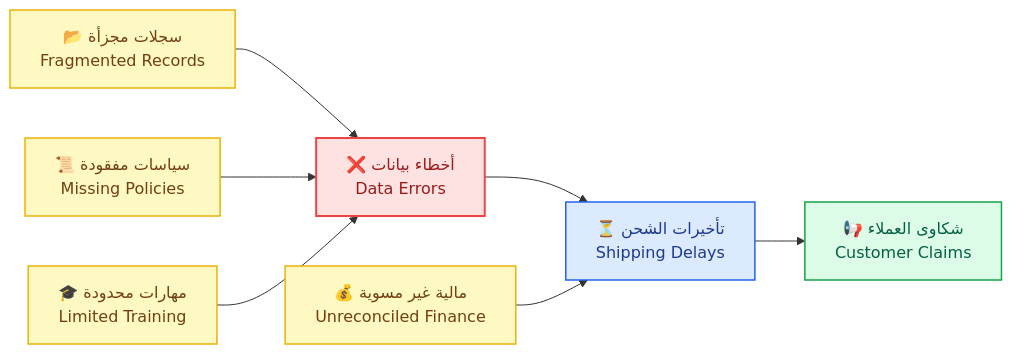
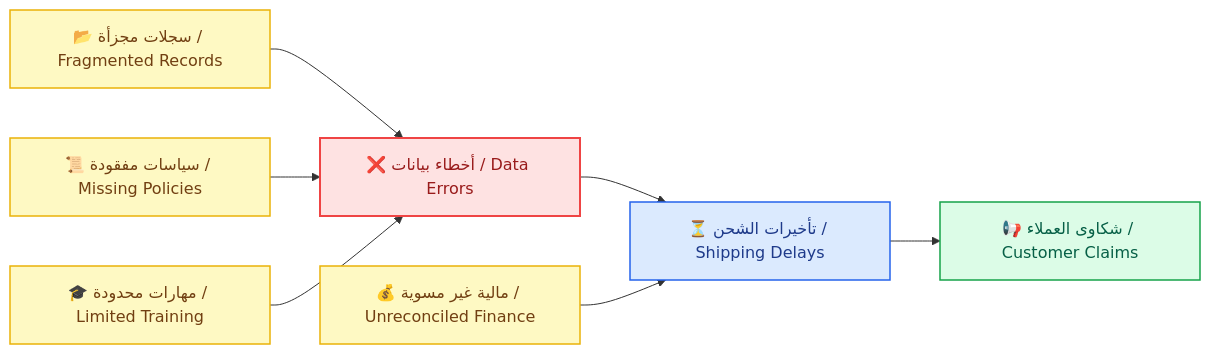
One commit to Ash69g/Documentation-Study changed the third of 5 diagrams in docs/01-vision/01-vision.md. Above: the diagram before and after it, drawn with Mermaid. The commit also changed other lines of this file and 1 other file, not shown here.

````diff
--- a/docs/01-vision/01-vision.md
+++ b/docs/01-vision/01-vision.md
@@ -249,34 +211,27 @@
 ```mermaid
 %%{init: {
   "theme": "base",
   "themeVariables": {
     "fontFamily": "Tahoma, Arial, 'Noto Sans Arabic', sans-serif",
     "fontSize": "15px",
     "primaryColor": "#fef2f2",
     "primaryBorderColor": "#ef4444",
     "primaryTextColor": "#991b1b",
     "lineColor": "#64748b"
   }
 }}%%
 
 flowchart LR
-  Legacy["📂 سجلات مجزأة\nFragmented Records"]:::issue
-  Errors["❌ أخطاء بيانات\nData Errors"]:::critical
-  Delays["⏳ تأخيرات الشحن\nShipping Delays"]:::result
-  Claims["📢 شكاوى العملاء\nCustomer Claims"]:::impact
-  Finance["💰 مالية غير مسوية\nUnreconciled Finance"]:::issue
-  Policies["📜 سياسات مفقودة\nMissing Policies"]:::issue
-  Skills["🎓 مهارات محدودة\nLimited Training"]:::issue
+  Legacy["📂 سجلات مجزأة / Fragmented Records"]:::issue --> Errors["❌ أخطاء بيانات / Data Errors"]:::critical
+  Errors --> Delays["⏳ تأخيرات الشحن / Shipping Delays"]:::result
+  Delays --> Claims["📢 شكاوى العملاء / Customer Claims"]:::impact
 
-  Legacy --> Errors
-  Errors --> Delays
-  Delays --> Claims
-  Finance --> Delays
-  Policies --> Errors
-  Skills --> Errors
+  Finance["💰 مالية غير مسوية / Unreconciled Finance"]:::issue --> Delays
+  Policies["📜 سياسات مفقودة / Missing Policies"]:::issue --> Errors
+  Skills["🎓 مهارات محدودة / Limited Training"]:::issue --> Errors
 
   classDef issue fill:#fef9c3,stroke:#eab308,stroke-width:1.5px,color:#713f12;
   classDef critical fill:#fee2e2,stroke:#ef4444,stroke-width:2px,color:#991b1b;
   classDef result fill:#dbeafe,stroke:#2563eb,stroke-width:1.5px,color:#1e3a8a;
   classDef impact fill:#dcfce7,stroke:#16a34a,stroke-width:1.5px,color:#065f46;
 ```
````
